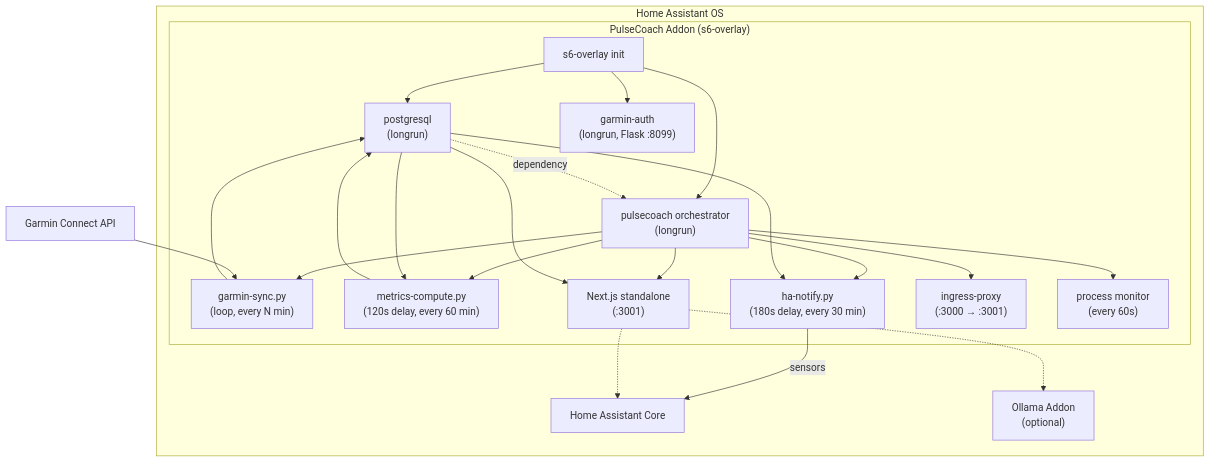
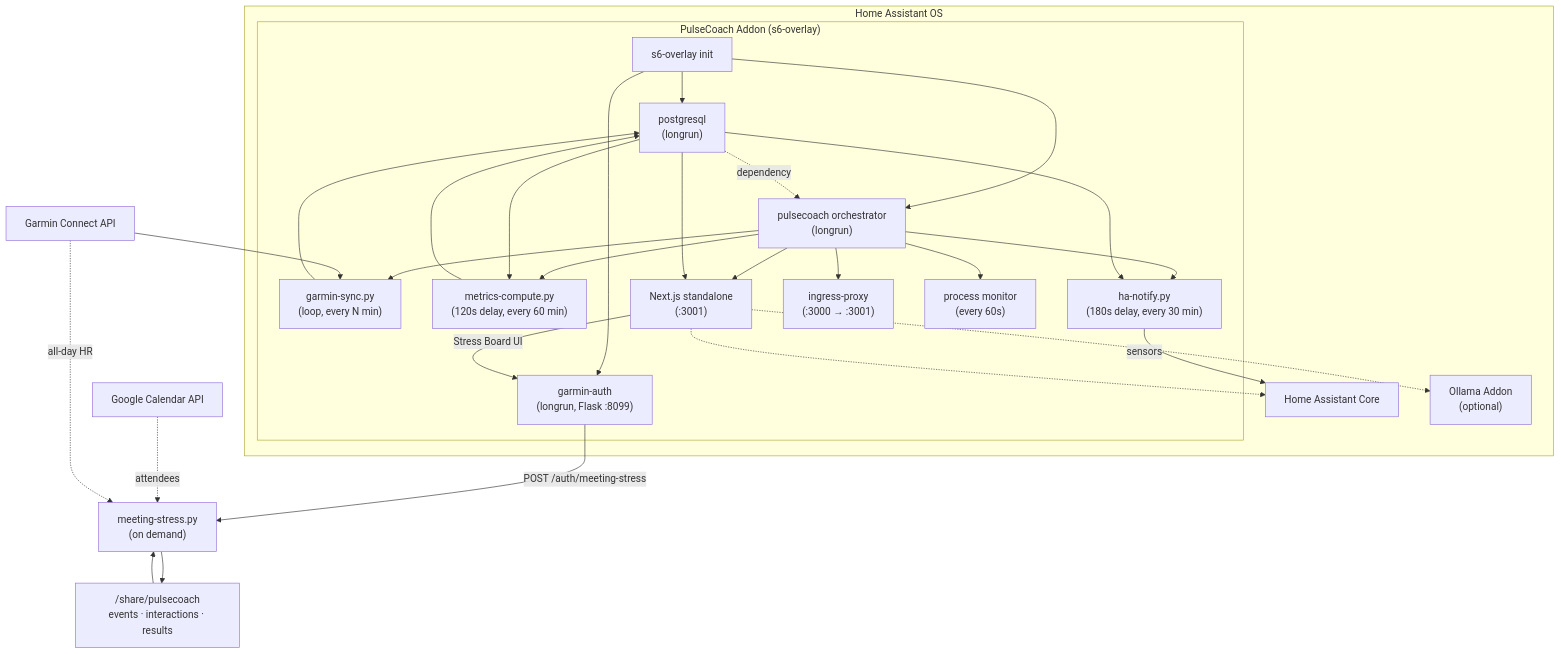
The diagram in README.md (askb/ha-garmin-fitness-coach-addon), drawn with Mermaid before and after one commit. The commit also changed other lines of this file and 1 other file, not shown here.

Commit message:
docs: document stress board, calendar linking, and interactions (#254)
* docs: document stress board, calendar linking, and interactions

Add the Stress Board to README features and architecture diagram, and
a full DOCS.md section: method summary (local baseline + ridge),
calendar sources (linked Google Calendar, ICS export, HA-logged
interactions), running instructions, caveats, and a privacy note about
other people's names in results.

* docs: address review nits on stress board docs

---------

````diff
--- a/README.md
+++ b/README.md
@@ -129,42 +133,53 @@
 ```mermaid
 graph TD
     subgraph "Home Assistant OS"
         subgraph "PulseCoach Addon (s6-overlay)"
             S6["s6-overlay init"]
             PG["postgresql<br/>(longrun)"]
             Auth["garmin-auth<br/>(longrun, Flask :8099)"]
             GC["pulsecoach orchestrator<br/>(longrun)"]
             Sync["garmin-sync.py<br/>(loop, every N min)"]
             Metrics["metrics-compute.py<br/>(120s delay, every 60 min)"]
             Notify["ha-notify.py<br/>(180s delay, every 30 min)"]
             NextJS["Next.js standalone<br/>(:3001)"]
             Ingress["ingress-proxy<br/>(:3000 → :3001)"]
             Monitor["process monitor<br/>(every 60s)"]
         end
         HA["Home Assistant Core"]
         Ollama["Ollama Addon<br/>(optional)"]
     end
 
     Garmin["Garmin Connect API"]
 
     S6 --> PG
     S6 --> Auth
     S6 --> GC
     PG -.->|dependency| GC
     GC --> Sync
     GC --> Metrics
     GC --> Notify
     GC --> NextJS
     GC --> Ingress
     GC --> Monitor
 
     Garmin --> Sync
     Sync --> PG
     PG --> Metrics
     Metrics --> PG
     PG --> Notify
     Notify -->|sensors| HA
     PG --> NextJS
     NextJS -.-> Ollama
     NextJS -.-> HA
+
+    GCal["Google Calendar API"]
+    Stress["meeting-stress.py<br/>(on demand)"]
+    Share["/share/pulsecoach<br/>events · interactions · results"]
+
+    Auth -->|POST /auth/meeting-stress| Stress
+    GCal -.->|attendees| Stress
+    Garmin -.->|all-day HR| Stress
+    Share --> Stress
+    Stress --> Share
+    NextJS -->|Stress Board UI| Auth
 ```
````
